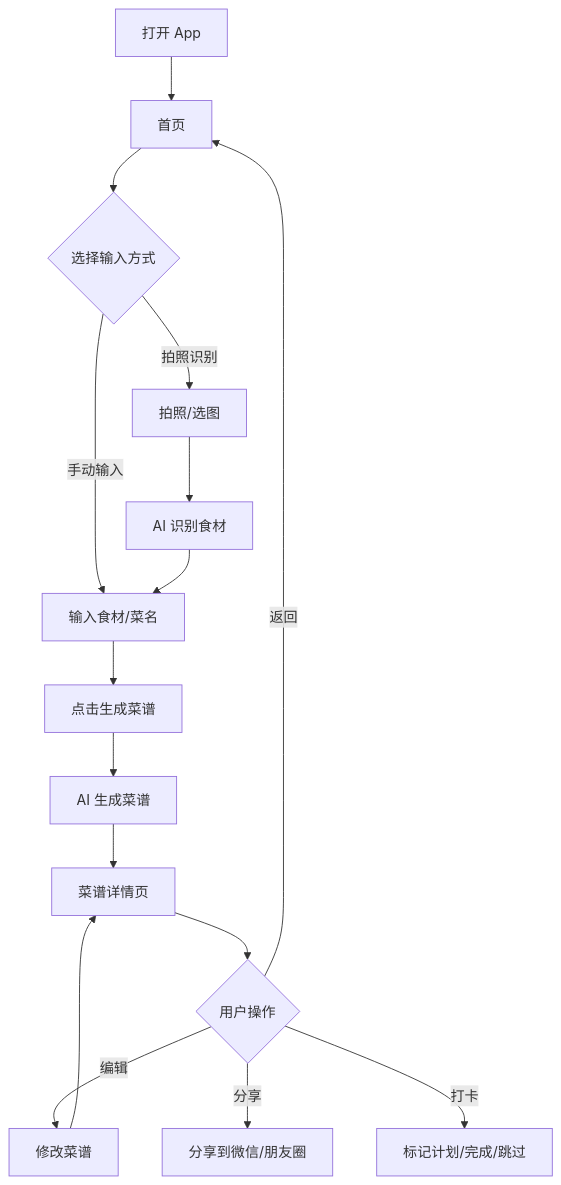
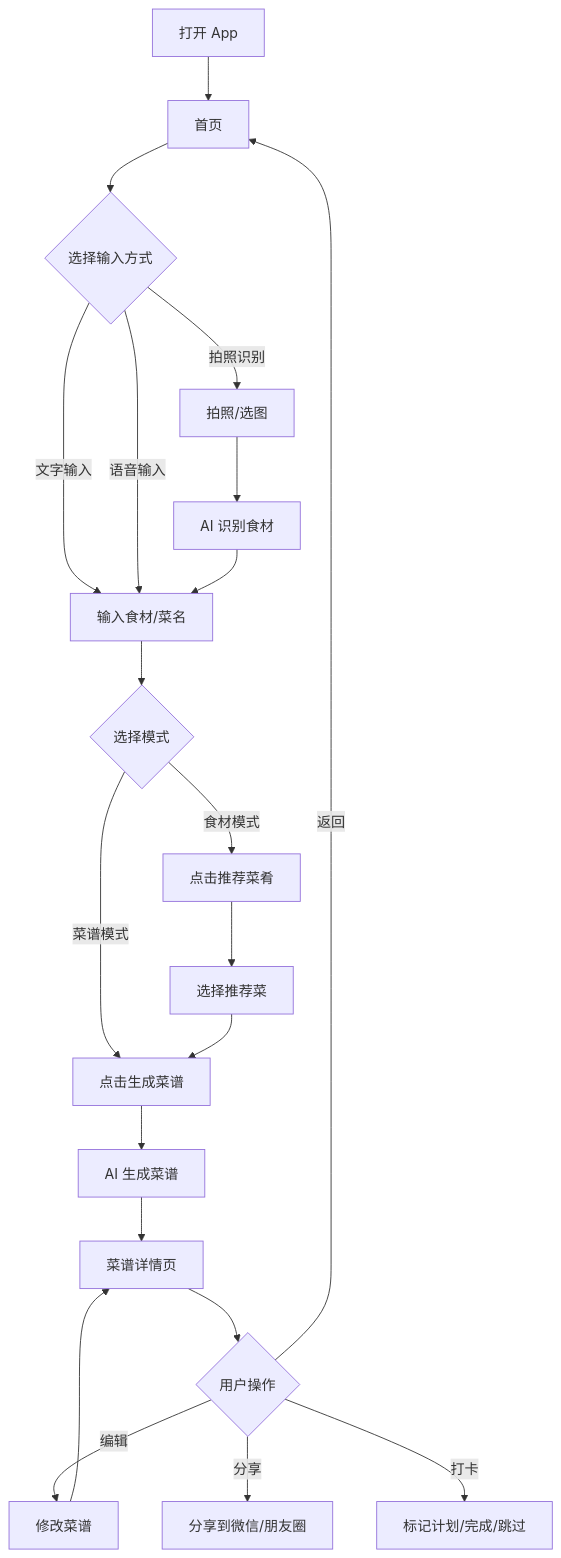
Before and after one commit to psrzhao1982/joeyn.github.io: the first of 6 diagrams in APP_FLOW_DESIGN.md, drawn with Mermaid. The commit also changed other lines of this file and 4 other files, not shown here.

````diff
--- a/APP_FLOW_DESIGN.md
+++ b/APP_FLOW_DESIGN.md
@@ -32,18 +32,23 @@
 ```mermaid
 flowchart TD
     A[打开 App] --> B[首页]
     B --> C{选择输入方式}
-    C -->|手动输入| D[输入食材/菜名]
+    C -->|文字输入| D[输入食材/菜名]
+    C -->|语音输入| D
     C -->|拍照识别| E[拍照/选图]
     E --> F[AI 识别食材]
     F --> D
-    D --> G[点击生成菜谱]
-    G --> H[AI 生成菜谱]
-    H --> I[菜谱详情页]
-    I --> J{用户操作}
-    J -->|编辑| K[修改菜谱]
-    J -->|分享| L[分享到微信/朋友圈]
-    J -->|打卡| M[标记计划/完成/跳过]
-    J -->|返回| B
-    K --> I
+    D --> G{选择模式}
+    G -->|菜谱模式| H[点击生成菜谱]
+    G -->|食材模式| I1[点击推荐菜肴]
+    I1 --> J1[选择推荐菜]
+    J1 --> H
+    H --> K[AI 生成菜谱]
+    K --> L[菜谱详情页]
+    L --> M{用户操作}
+    M -->|编辑| N[修改菜谱]
+    M -->|分享| O[分享到微信/朋友圈]
+    M -->|打卡| P[标记计划/完成/跳过]
+    M -->|返回| B
+    N --> L
 ```
````
